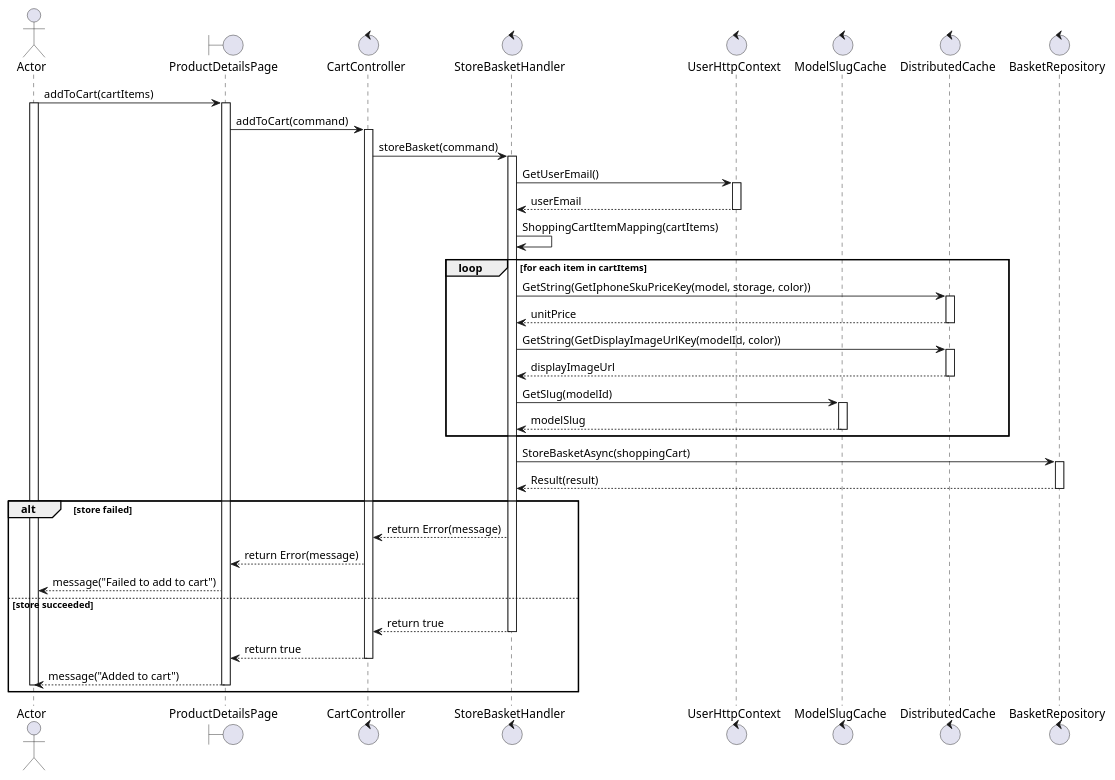
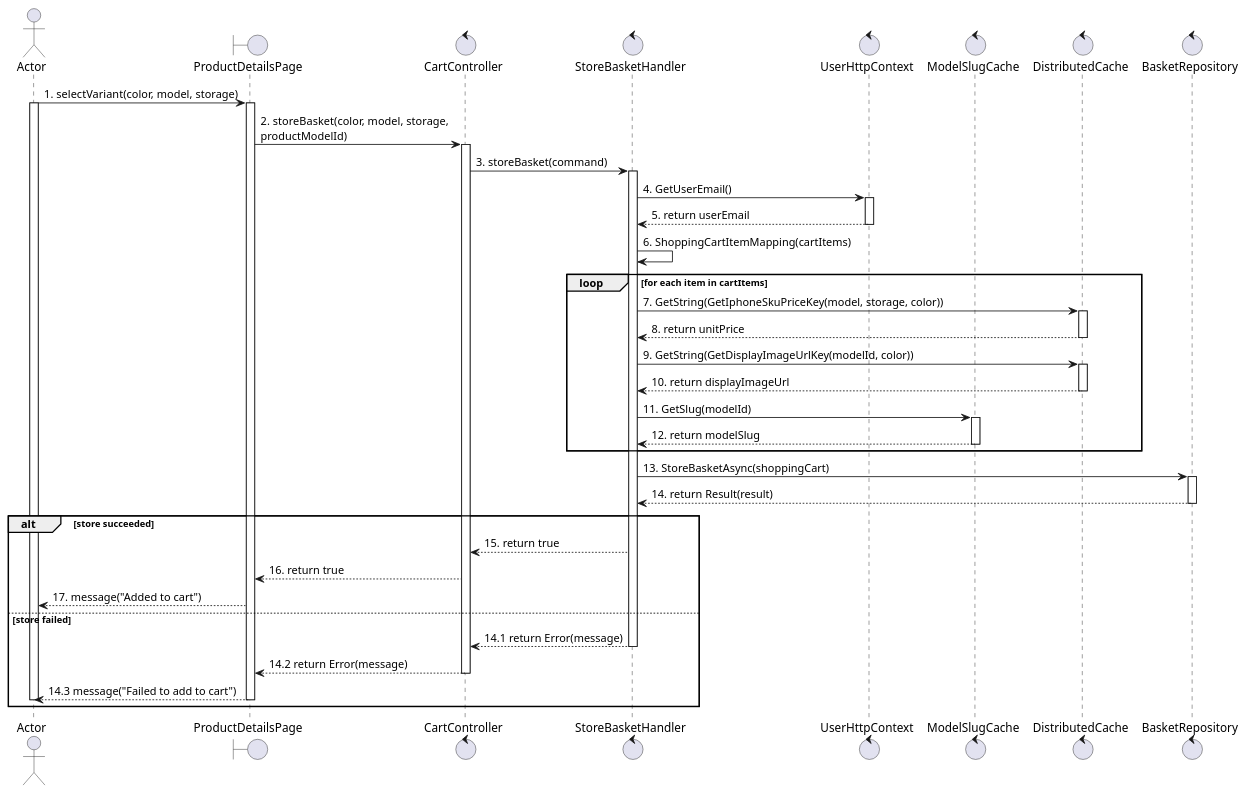
The diagram in docs/usecases/UC9_add-to-cart.plantuml (Young-Z-Generation-YZG/your-comfort-my-apple), drawn with PlantUML before and after one commit. The commit also changed 2 other files, not shown here.

```diff
--- a/docs/usecases/UC9_add-to-cart.plantuml
+++ b/docs/usecases/UC9_add-to-cart.plantuml
@@ -1,64 +1,64 @@
 @startuml UC9_add_to_cart
 actor Actor
 boundary ProductDetailsPage
 control CartController
 control StoreBasketHandler
 control UserHttpContext
 control ModelSlugCache
 control DistributedCache
 control BasketRepository
 
-Actor -> ProductDetailsPage: addToCart(cartItems)
+Actor -> ProductDetailsPage: 1. selectVariant(color, model, storage)
 activate Actor
 activate ProductDetailsPage
 
-ProductDetailsPage -> CartController: addToCart(command)
+ProductDetailsPage -> CartController: 2. storeBasket(color, model, storage, \nproductModelId)
 activate CartController
 
-CartController -> StoreBasketHandler: storeBasket(command)
+CartController -> StoreBasketHandler: 3. storeBasket(command)
 activate StoreBasketHandler
 
-StoreBasketHandler -> UserHttpContext: GetUserEmail()
+StoreBasketHandler -> UserHttpContext: 4. GetUserEmail()
 activate UserHttpContext
-UserHttpContext --> StoreBasketHandler: userEmail
+UserHttpContext --> StoreBasketHandler: 5. return userEmail
 deactivate UserHttpContext
 
-StoreBasketHandler -> StoreBasketHandler: ShoppingCartItemMapping(cartItems)
+StoreBasketHandler -> StoreBasketHandler: 6. ShoppingCartItemMapping(cartItems)
 
 loop for each item in cartItems
-    StoreBasketHandler -> DistributedCache: GetString(GetIphoneSkuPriceKey(model, storage, color))
+    StoreBasketHandler -> DistributedCache: 7. GetString(GetIphoneSkuPriceKey(model, storage, color))
     activate DistributedCache
-    DistributedCache --> StoreBasketHandler: unitPrice
+    DistributedCache --> StoreBasketHandler: 8. return unitPrice
     deactivate DistributedCache
 
-    StoreBasketHandler -> DistributedCache: GetString(GetDisplayImageUrlKey(modelId, color))
+    StoreBasketHandler -> DistributedCache: 9. GetString(GetDisplayImageUrlKey(modelId, color))
     activate DistributedCache
-    DistributedCache --> StoreBasketHandler: displayImageUrl
+    DistributedCache --> StoreBasketHandler: 10. return displayImageUrl
     deactivate DistributedCache
 
-    StoreBasketHandler -> ModelSlugCache: GetSlug(modelId)
+    StoreBasketHandler -> ModelSlugCache: 11. GetSlug(modelId)
     activate ModelSlugCache
-    ModelSlugCache --> StoreBasketHandler: modelSlug
+    ModelSlugCache --> StoreBasketHandler: 12. return modelSlug
     deactivate ModelSlugCache
 end
 
-StoreBasketHandler -> BasketRepository: StoreBasketAsync(shoppingCart)
+StoreBasketHandler -> BasketRepository: 13. StoreBasketAsync(shoppingCart)
 activate BasketRepository
-BasketRepository --> StoreBasketHandler: Result(result)
+BasketRepository --> StoreBasketHandler: 14. return Result(result)
 deactivate BasketRepository
 
-alt store failed
-    StoreBasketHandler --> CartController: return Error(message)
-    CartController --> ProductDetailsPage: return Error(message)
-    ProductDetailsPage --> Actor: message("Failed to add to cart")
-else store succeeded
-    StoreBasketHandler --> CartController: return true
+alt store succeeded
+    StoreBasketHandler --> CartController: 15. return true
+    CartController --> ProductDetailsPage: 16. return true
+    ProductDetailsPage --> Actor: 17. message("Added to cart")
+else store failed
+    StoreBasketHandler --> CartController: 14.1 return Error(message)
     deactivate StoreBasketHandler
-    CartController --> ProductDetailsPage: return true
+    CartController --> ProductDetailsPage: 14.2 return Error(message)
     deactivate CartController
-    ProductDetailsPage --> Actor: message("Added to cart")
+    ProductDetailsPage --> Actor: 14.3 message("Failed to add to cart")
     deactivate ProductDetailsPage
     deactivate Actor
 end
 
 @enduml
```
